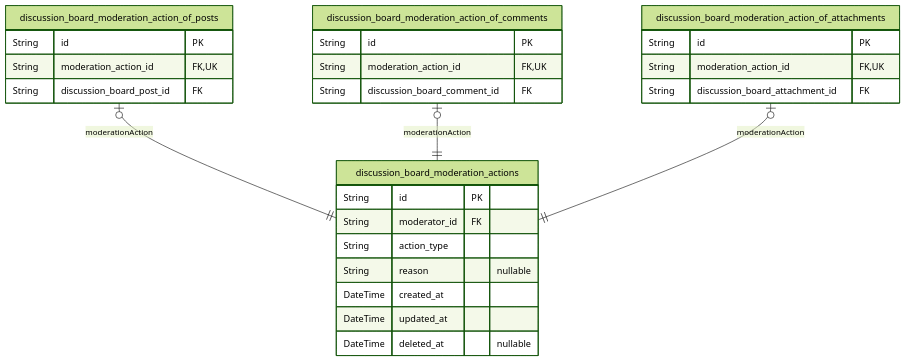
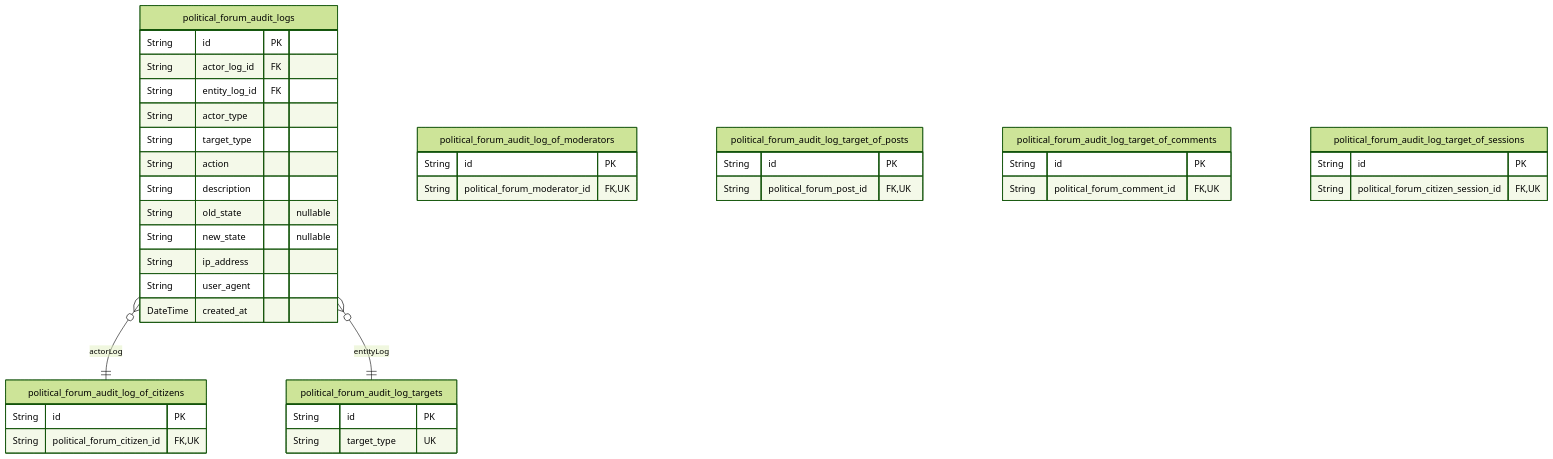
The eighth of 10 diagrams in qwen/qwen3-next-80b-a3b-instruct/bbs/docs/ERD.md (wrtnlabs/autobe-examples), drawn with Mermaid (forest theme) before and after one commit. The commit also changed other lines of this file and 960 other files, not shown here.

````diff
--- a/qwen/qwen3-next-80b-a3b-instruct/bbs/docs/ERD.md
+++ b/qwen/qwen3-next-80b-a3b-instruct/bbs/docs/ERD.md
@@ -488,30 +788,43 @@
 ```mermaid
 erDiagram
-"discussion_board_moderation_actions" {
+"political_forum_audit_logs" {
   String id PK
-  String moderator_id FK
-  String action_type
-  String reason "nullable"
+  String actor_log_id FK
+  String entity_log_id FK
+  String actor_type
+  String target_type
+  String action
+  String description
+  String old_state "nullable"
+  String new_state "nullable"
+  String ip_address
+  String user_agent
   DateTime created_at
-  DateTime updated_at
-  DateTime deleted_at "nullable"
 }
-"discussion_board_moderation_action_of_posts" {
+"political_forum_audit_log_of_citizens" {
   String id PK
-  String moderation_action_id FK,UK
-  String discussion_board_post_id FK
+  String political_forum_citizen_id FK,UK
 }
-"discussion_board_moderation_action_of_comments" {
+"political_forum_audit_log_of_moderators" {
   String id PK
-  String moderation_action_id FK,UK
-  String discussion_board_comment_id FK
+  String political_forum_moderator_id FK,UK
 }
-"discussion_board_moderation_action_of_attachments" {
+"political_forum_audit_log_target_of_posts" {
   String id PK
-  String moderation_action_id FK,UK
-  String discussion_board_attachment_id FK
+  String political_forum_post_id FK,UK
 }
-"discussion_board_moderation_action_of_posts" |o--|| "discussion_board_moderation_actions" : moderationAction
-"discussion_board_moderation_action_of_comments" |o--|| "discussion_board_moderation_actions" : moderationAction
-"discussion_board_moderation_action_of_attachments" |o--|| "discussion_board_moderation_actions" : moderationAction
+"political_forum_audit_log_target_of_comments" {
+  String id PK
+  String political_forum_comment_id FK,UK
+}
+"political_forum_audit_log_target_of_sessions" {
+  String id PK
+  String political_forum_citizen_session_id FK,UK
+}
+"political_forum_audit_log_targets" {
+  String id PK
+  String target_type UK
+}
+"political_forum_audit_logs" }o--|| "political_forum_audit_log_of_citizens" : actorLog
+"political_forum_audit_logs" }o--|| "political_forum_audit_log_targets" : entityLog
 ```
````
